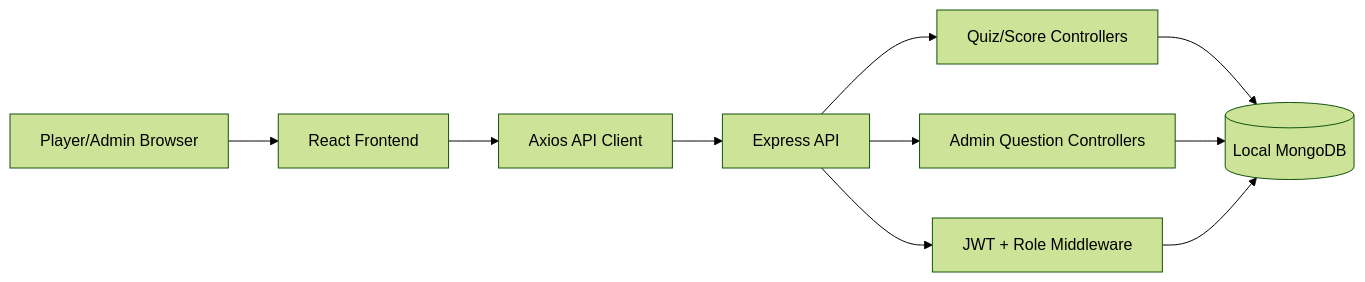
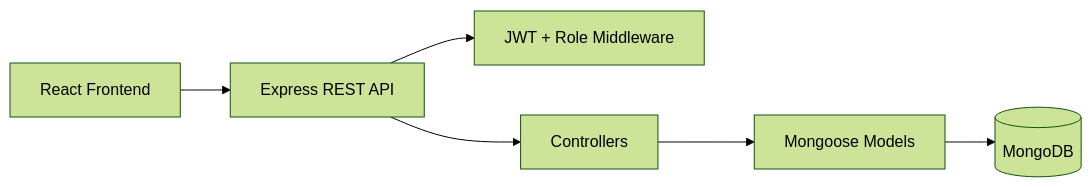
The diagram in README.md (TIAN-TOM/survival-sydney), drawn with Mermaid (forest theme) before and after one commit. The commit also changed other lines of this file and 10 other files, not shown here.

````diff
--- a/README.md
+++ b/README.md
@@ -197,12 +120,8 @@
 ```mermaid
 flowchart LR
-  User["Player/Admin Browser"] --> React["React Frontend"]
-  React --> ApiClient["Axios API Client"]
-  ApiClient --> Express["Express API"]
-  Express --> Auth["JWT + Role Middleware"]
-  Express --> Quiz["Quiz/Score Controllers"]
-  Express --> Admin["Admin Question Controllers"]
-  Quiz --> Mongo[("Local MongoDB")]
-  Admin --> Mongo
-  Auth --> Mongo
+  React[React Frontend] --> API[Express REST API]
+  API --> Auth[JWT + Role Middleware]
+  API --> Controllers[Controllers]
+  Controllers --> Models[Mongoose Models]
+  Models --> MongoDB[(MongoDB)]
 ```
````
